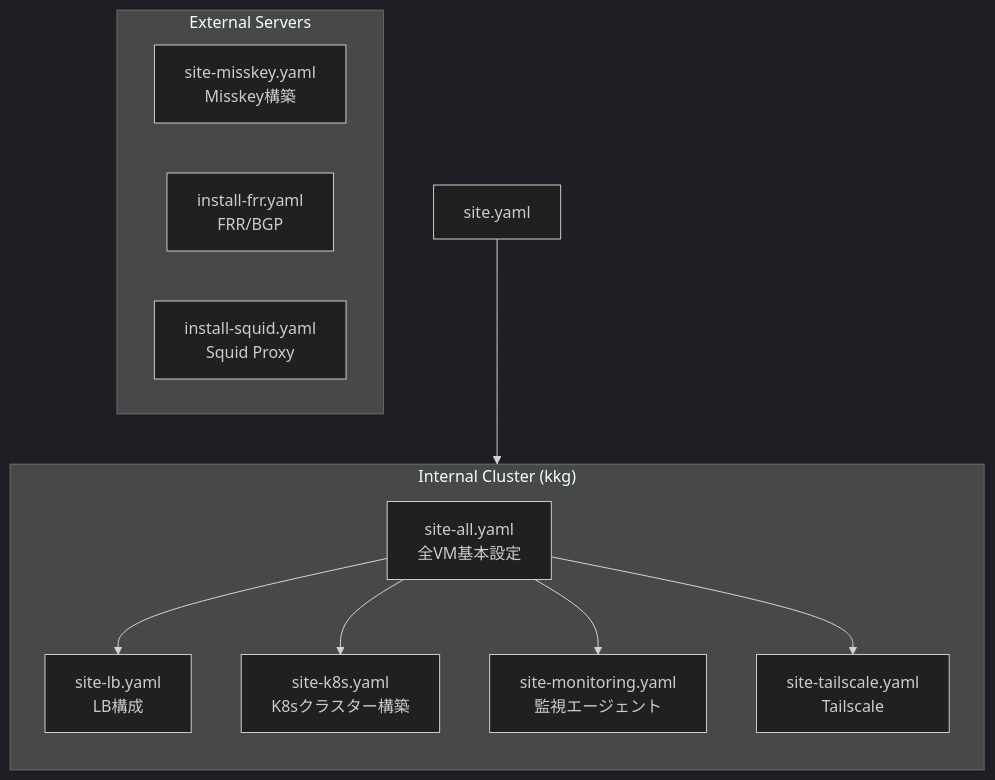
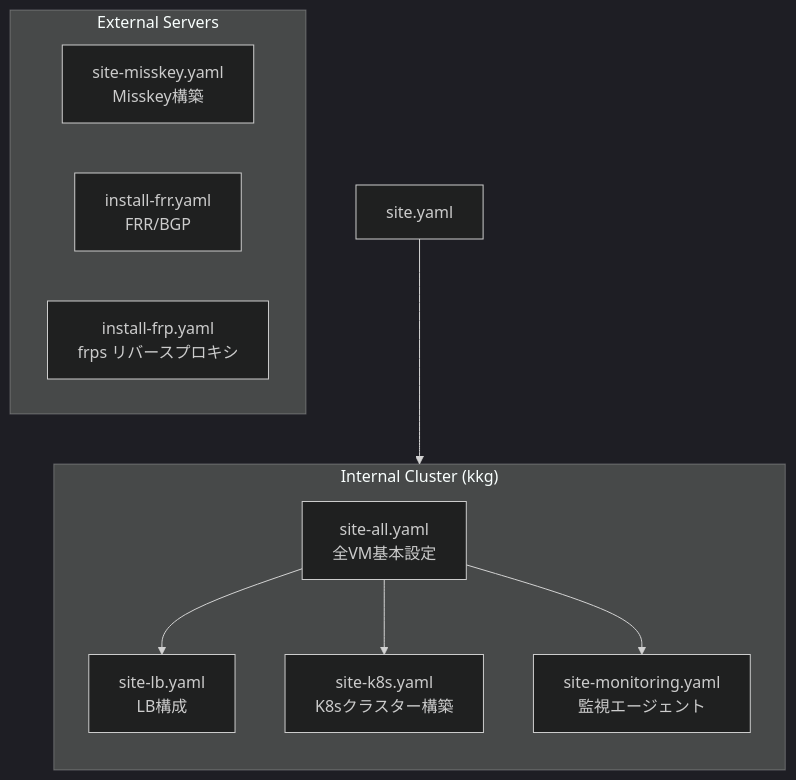
Before and after one commit to Soli0222/pke: the first of 2 diagrams in ansible/README.md, drawn with Mermaid (dark theme). The commit also changed other lines of this file and 25 other files, not shown here.

````diff
--- a/ansible/README.md
+++ b/ansible/README.md
@@ -7,18 +7,17 @@
 ```mermaid
 flowchart TB
     subgraph "Internal Cluster (kkg)"
         direction TB
         ALL[site-all.yaml<br/>全VM基本設定] --> LB[site-lb.yaml<br/>LB構成]
         ALL --> K8S[site-k8s.yaml<br/>K8sクラスター構築]
         ALL --> MON[site-monitoring.yaml<br/>監視エージェント]
-        ALL --> TS[site-tailscale.yaml<br/>Tailscale]
     end
 
     subgraph "External Servers"
         MISSKEY[site-misskey.yaml<br/>Misskey構築]
         FRR[install-frr.yaml<br/>FRR/BGP]
-        SQUID[install-squid.yaml<br/>Squid Proxy]
+        FRP[install-frp.yaml<br/>frps リバースプロキシ]
     end
 
     SITE[site.yaml] --> ALL
 ```
````
